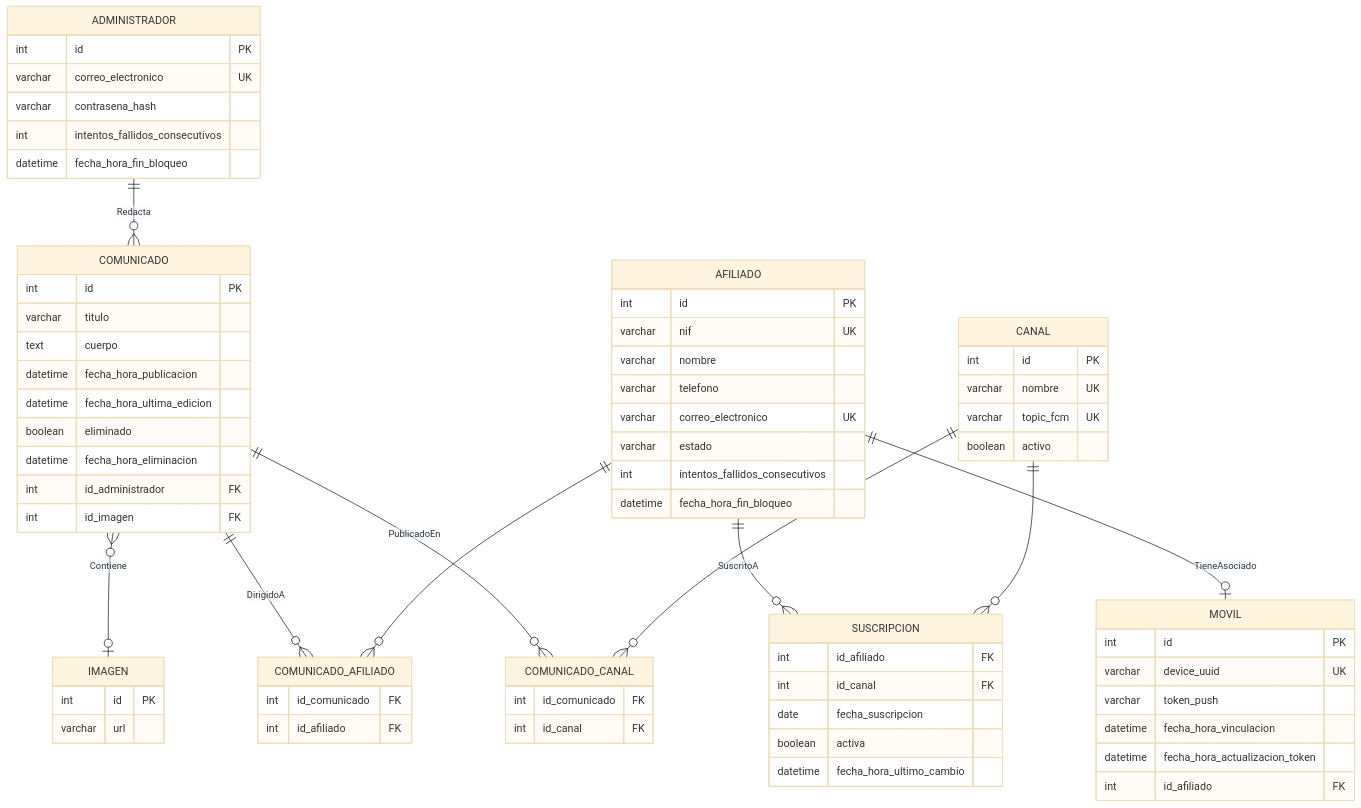
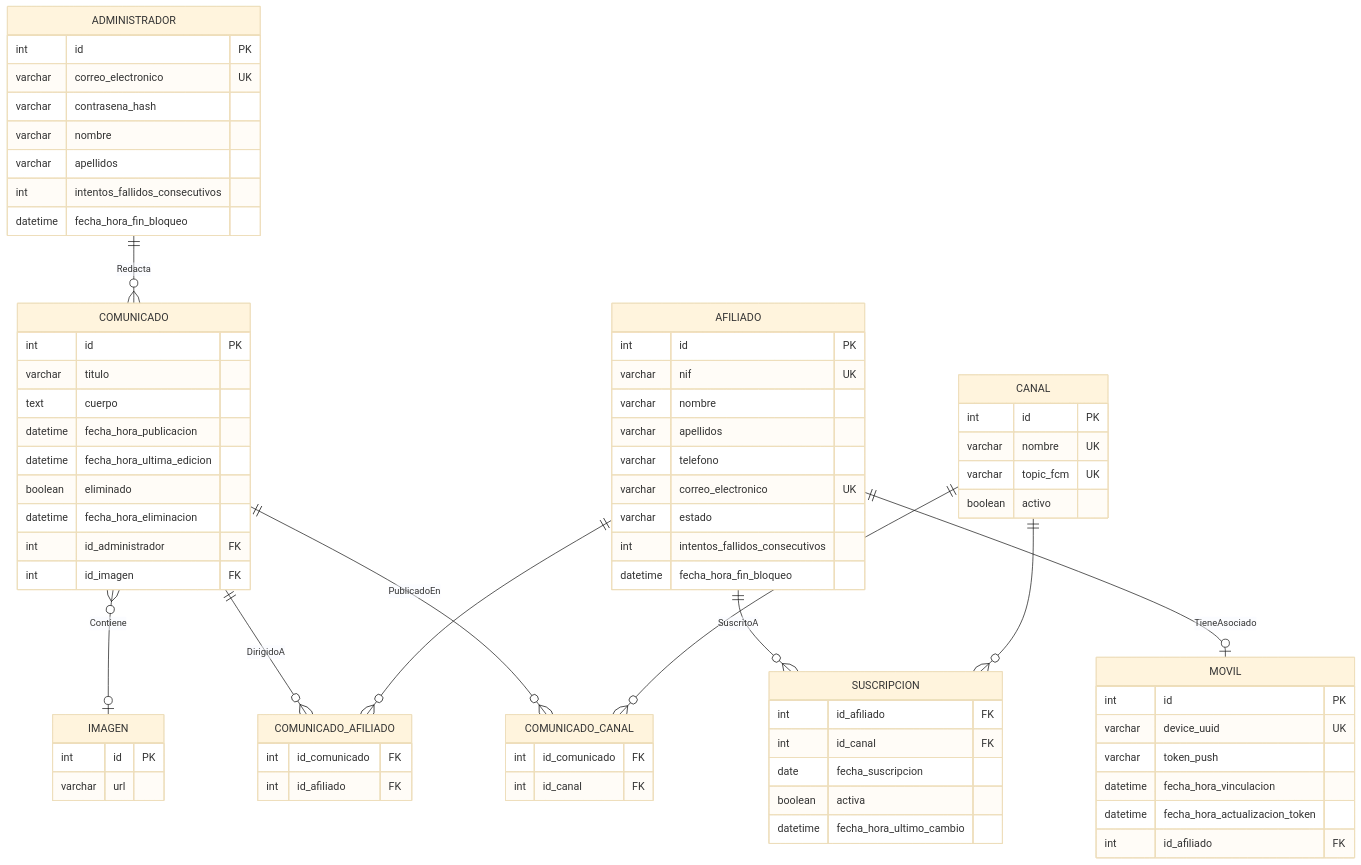
The diagram in artefactos/03-diseno/modelo-datos.md (sidi-murcia/docs), drawn with Mermaid (base theme) before and after one commit. The commit also changed other lines of this file, not shown here.

Commit message:
docs: actualiza modelo de datos con apellidos (CDU-AD03)

```diff
--- a/artefactos/03-diseno/modelo-datos.md
+++ b/artefactos/03-diseno/modelo-datos.md
@@ -25,6 +25,8 @@
         int id PK
         varchar correo_electronico UK
         varchar contrasena_hash
+        varchar nombre
+        varchar apellidos
         int intentos_fallidos_consecutivos
         datetime fecha_hora_fin_bloqueo
     }
@@ -50,6 +52,7 @@
         int id PK
         varchar nif UK
         varchar nombre
+        varchar apellidos
         varchar telefono
         varchar correo_electronico UK
         varchar estado
```
